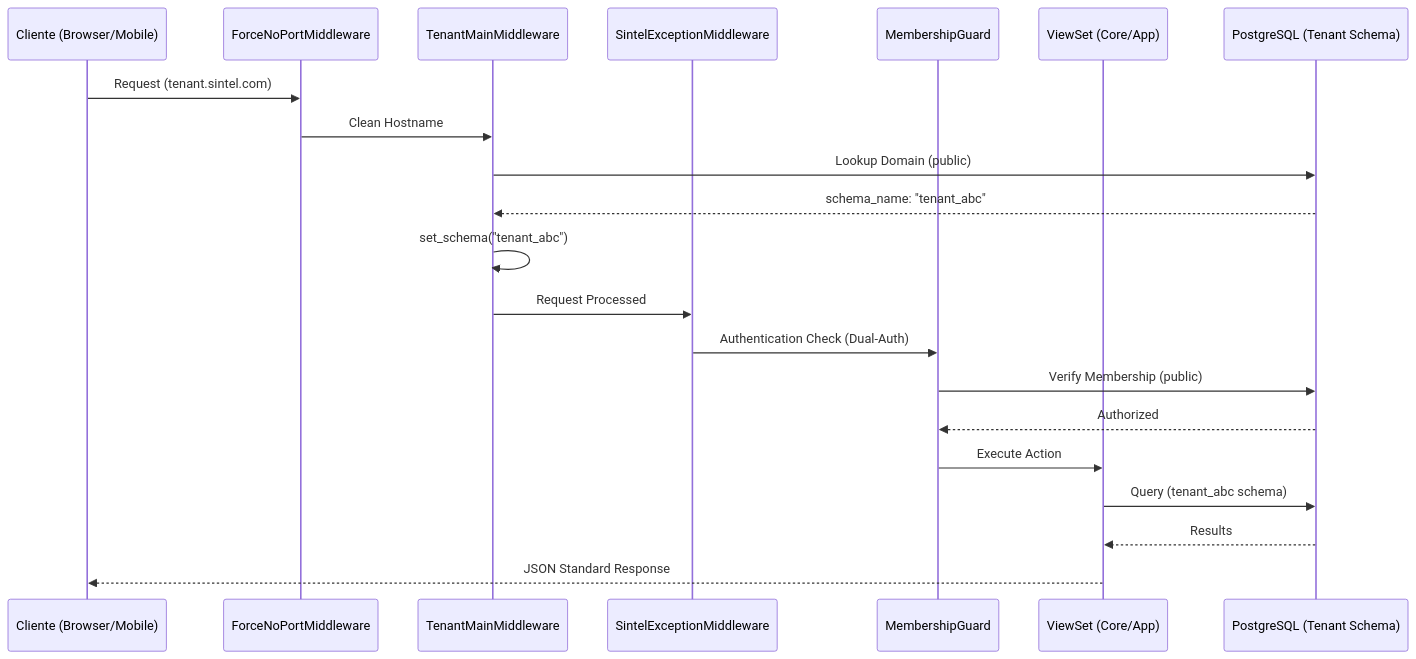
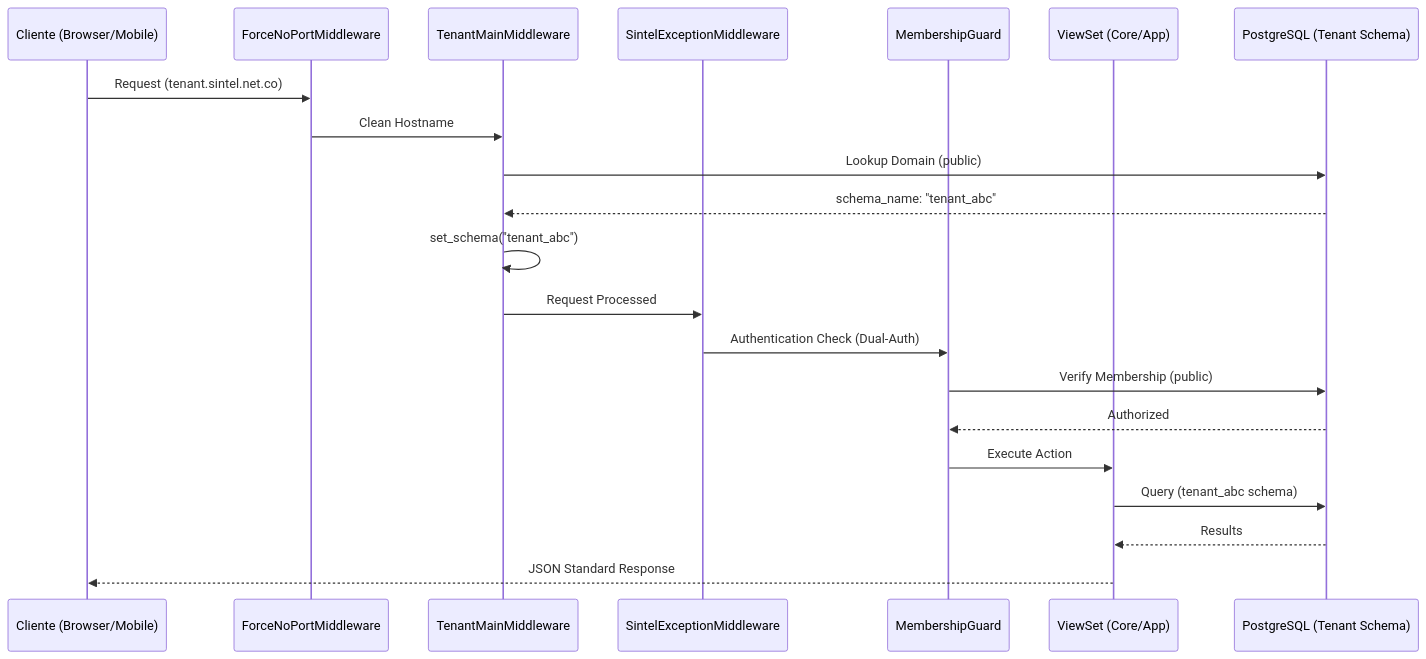
One commit to steven-zdt/CRM_SINTEL changed the first of 3 diagrams in apps/tenant/core/.agent/docs/core_flow_map.md. Above: the diagram before and after it, drawn with Mermaid. The commit also changed 872 other files, not shown here.

````diff
--- a/apps/tenant/core/.agent/docs/core_flow_map.md
+++ b/apps/tenant/core/.agent/docs/core_flow_map.md
@@ -19,24 +19,24 @@
 ```mermaid
 sequenceDiagram
     participant C as Cliente (Browser/Mobile)
     participant M1 as ForceNoPortMiddleware
     participant M2 as TenantMainMiddleware
     participant M3 as SintelExceptionMiddleware
     participant M4 as MembershipGuard
     participant V as ViewSet (Core/App)
     participant DB as PostgreSQL (Tenant Schema)
 
-    C->>M1: Request (tenant.sintel.com)
+    C->>M1: Request (tenant.sintel.net.co)
     M1->>M2: Clean Hostname
     M2->>DB: Lookup Domain (public)
     DB-->>M2: schema_name: "tenant_abc"
     M2->>M2: set_schema("tenant_abc")
     M2->>M3: Request Processed
     M3->>M4: Authentication Check (Dual-Auth)
     M4->>DB: Verify Membership (public)
     DB-->>M4: Authorized
     M4->>V: Execute Action
     V->>DB: Query (tenant_abc schema)
     DB-->>V: Results
     V-->>C: JSON Standard Response
 ```
````
